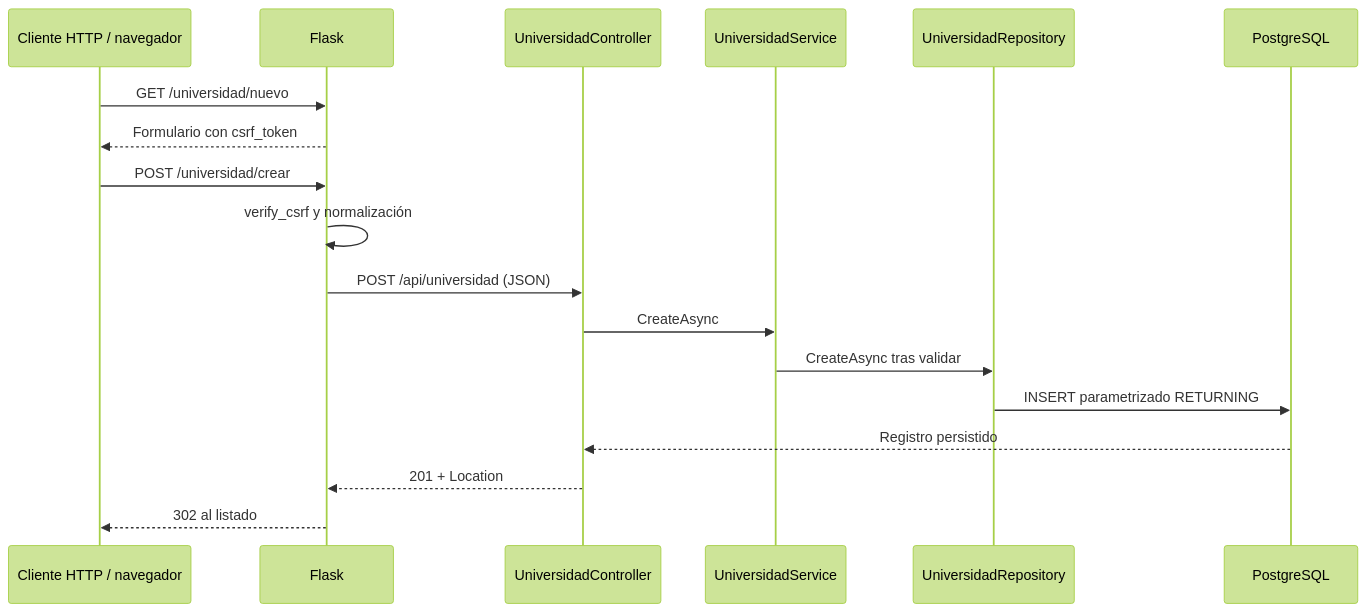
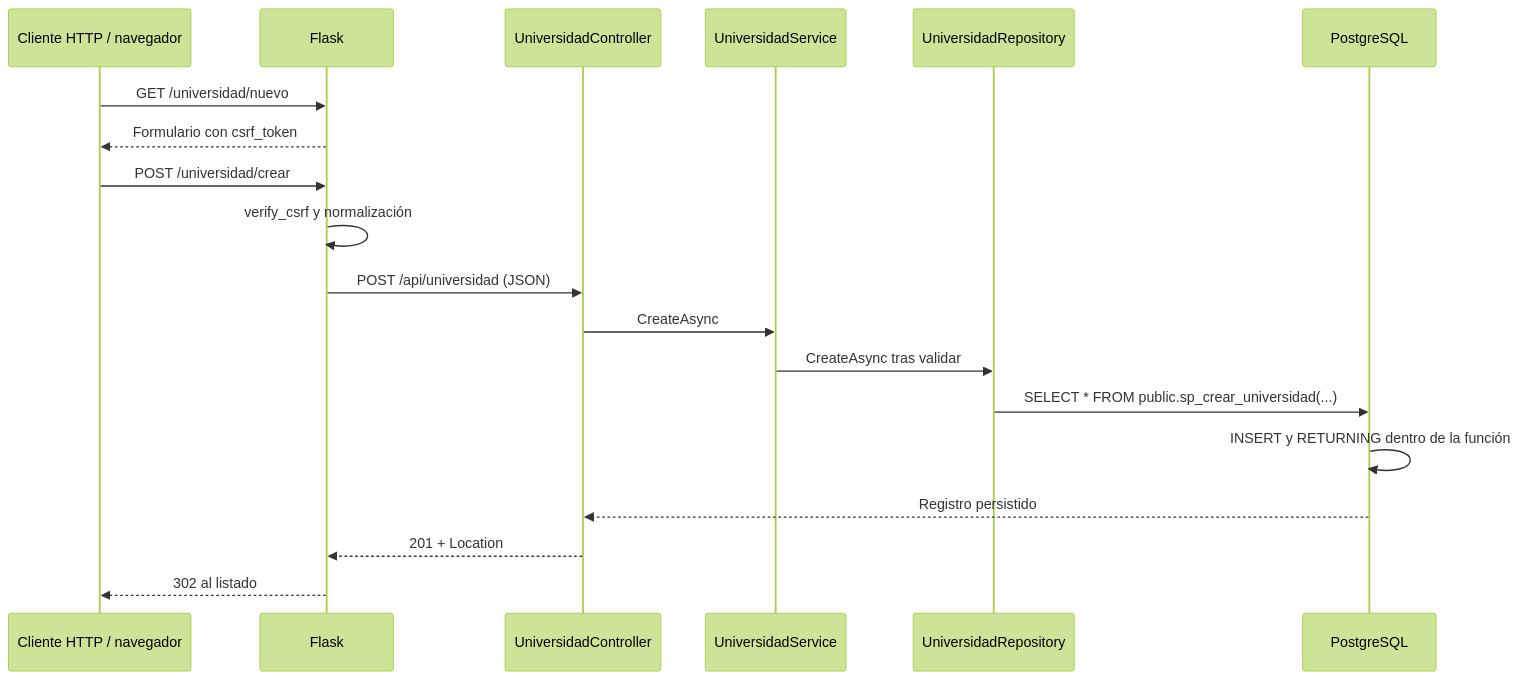
One commit to francis872/Mira changed the second of 2 diagrams in docs/arquitectura-v2.md. Above: the diagram before and after it, drawn with Mermaid (forest theme). The commit also changed other lines of this file and 56 other files, not shown here.

````diff
--- a/docs/arquitectura-v2.md
+++ b/docs/arquitectura-v2.md
@@ -21,20 +21,21 @@
 ```mermaid
 sequenceDiagram
     participant B as Cliente HTTP / navegador
     participant F as Flask
     participant A as UniversidadController
     participant S as UniversidadService
     participant R as UniversidadRepository
     participant P as PostgreSQL
     B->>F: GET /universidad/nuevo
     F-->>B: Formulario con csrf_token
     B->>F: POST /universidad/crear
     F->>F: verify_csrf y normalización
     F->>A: POST /api/universidad (JSON)
     A->>S: CreateAsync
     S->>R: CreateAsync tras validar
-    R->>P: INSERT parametrizado RETURNING
+    R->>P: SELECT * FROM public.sp_crear_universidad(...)
+    P->>P: INSERT y RETURNING dentro de la función
     P-->>A: Registro persistido
     A-->>F: 201 + Location
     F-->>B: 302 al listado
 ```
````
